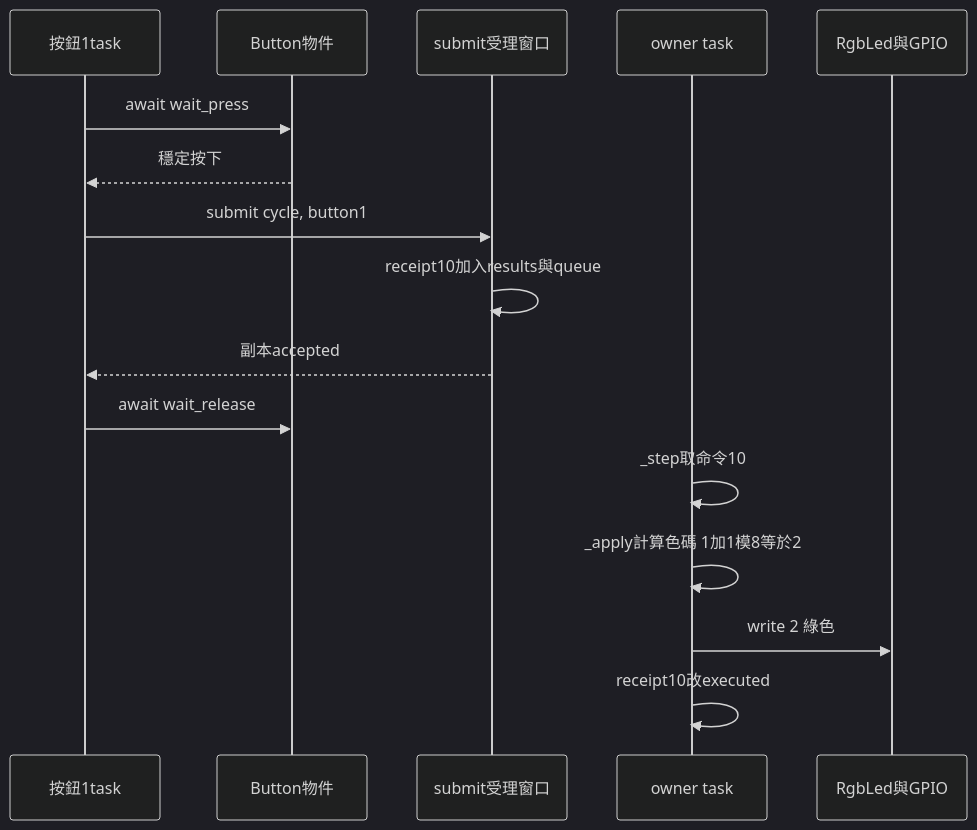
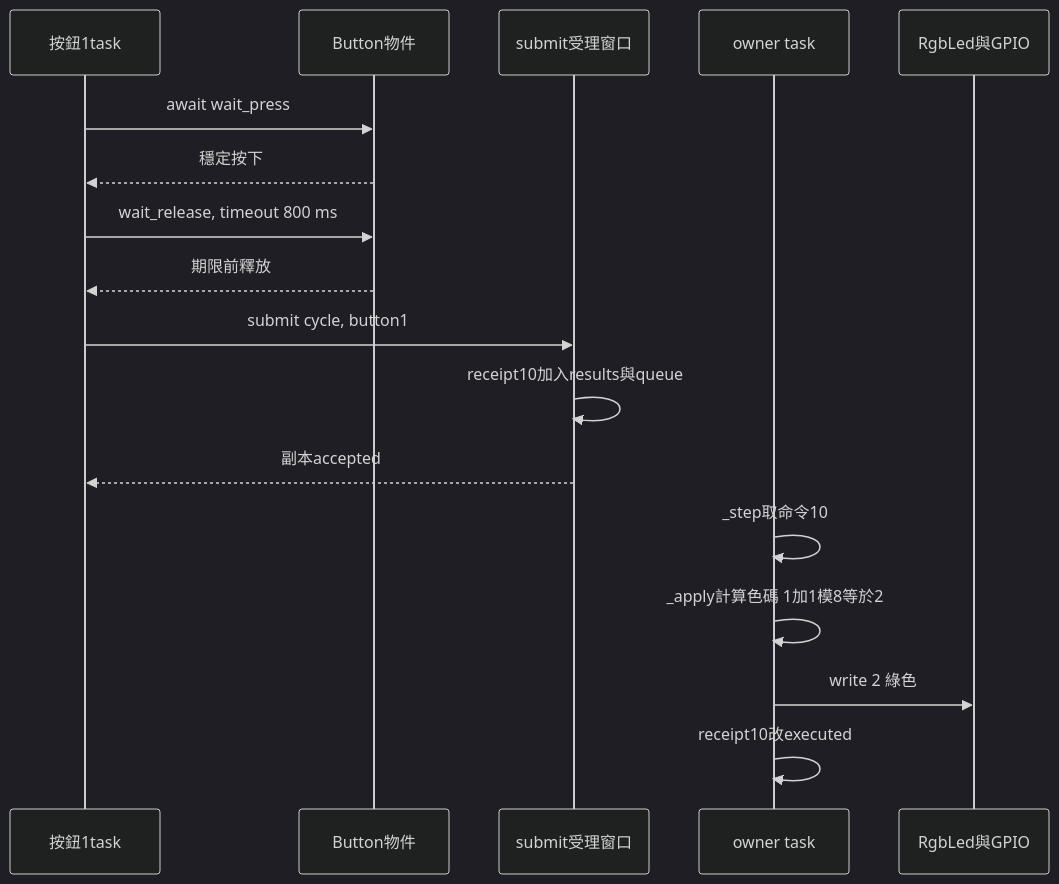
One commit to change918418-tech/IoT_Course changed the fifth of 21 diagrams in LED_SINGLE_OWNER_GUIDE.md. Above: the diagram before and after it, drawn with Mermaid (dark theme). The commit also changed other lines of this file and 15 other files, not shown here.

````diff
--- a/LED_SINGLE_OWNER_GUIDE.md
+++ b/LED_SINGLE_OWNER_GUIDE.md
@@ -474,18 +474,19 @@
 ```mermaid
 sequenceDiagram
     participant Button as 按鈕1task
     participant Input as Button物件
     participant Entry as submit受理窗口
     participant Owner as owner task
     participant Led as RgbLed與GPIO
     Button->>Input: await wait_press
     Input-->>Button: 穩定按下
+    Button->>Input: wait_release, timeout 800 ms
+    Input-->>Button: 期限前釋放
     Button->>Entry: submit cycle, button1
     Entry->>Entry: receipt10加入results與queue
     Entry-->>Button: 副本accepted
-    Button->>Input: await wait_release
     Owner->>Owner: _step取命令10
     Owner->>Owner: _apply計算色碼 1加1模8等於2
     Owner->>Led: write 2 綠色
     Owner->>Owner: receipt10改executed
 ```
````
